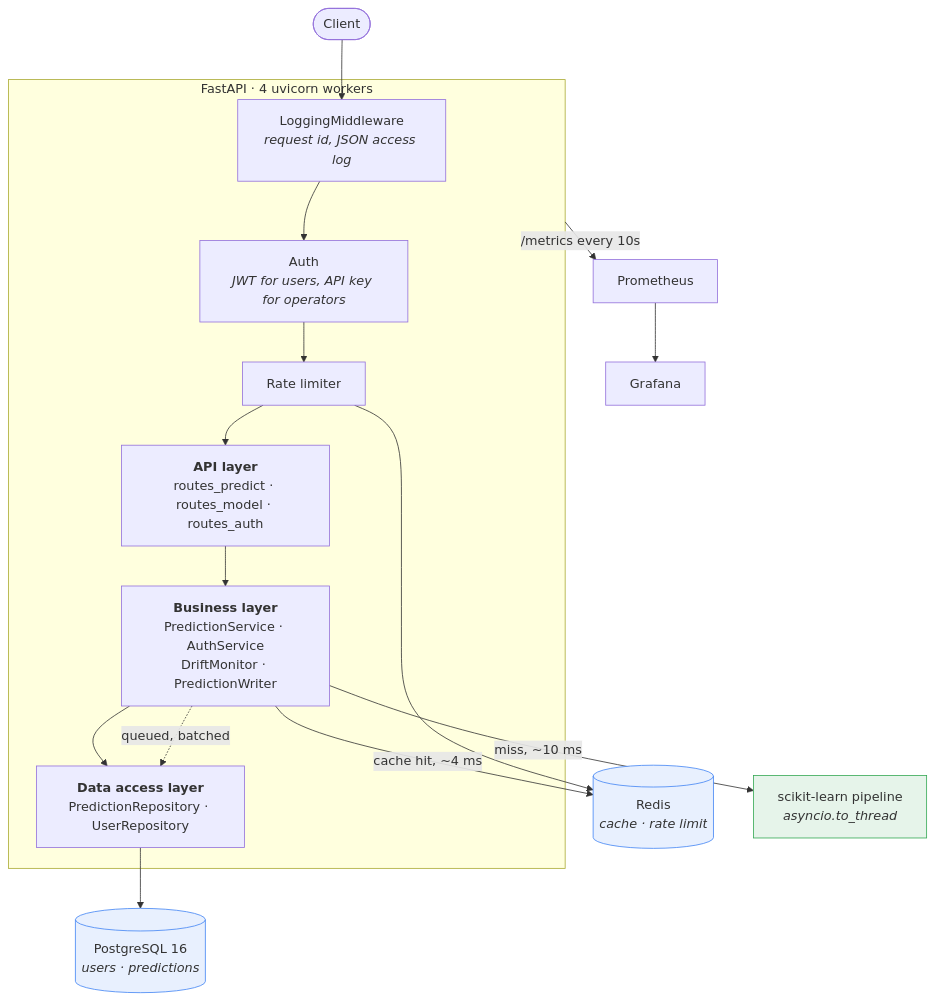
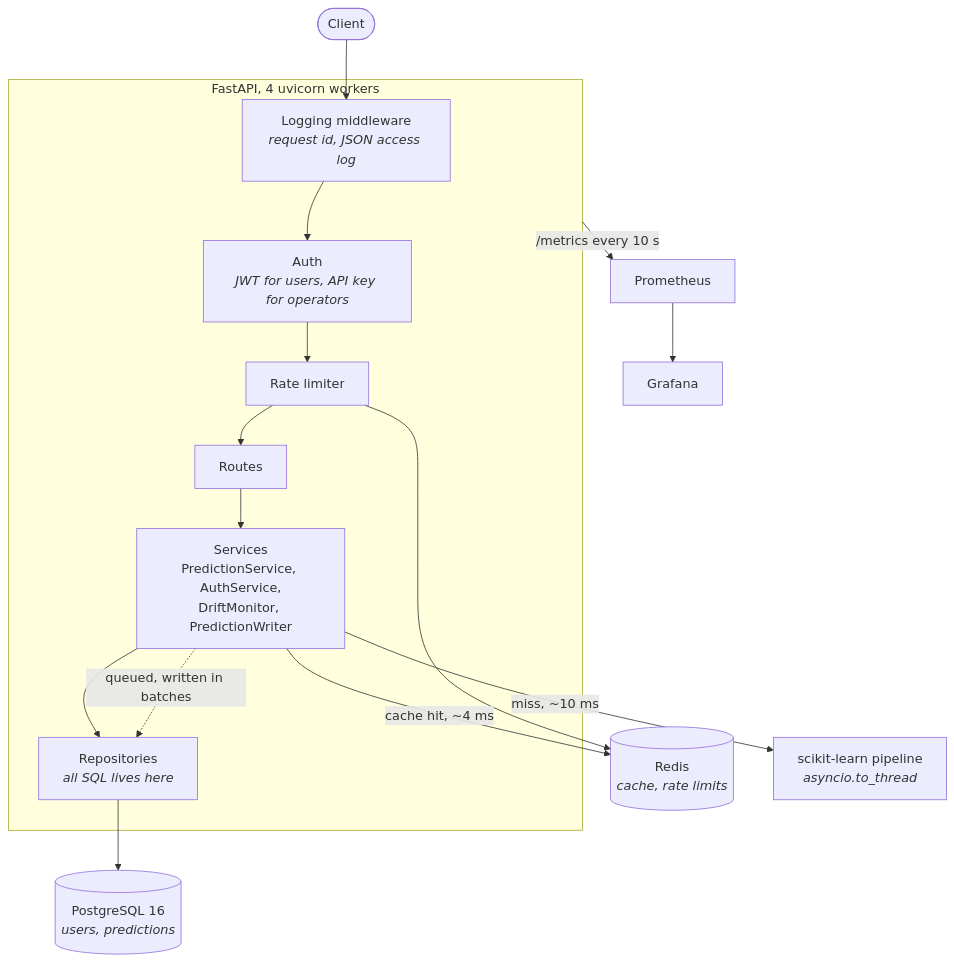
One commit to Add-it-ya/Fast_Api_Project changed the diagram in README.md. Above: the diagram before and after it, drawn with Mermaid. The commit also changed other lines of this file, not shown here.

````diff
--- a/README.md
+++ b/README.md
@@ -23,32 +87,26 @@
 ```mermaid
 flowchart TB
     client([Client])
 
-    subgraph api["FastAPI · 4 uvicorn workers"]
-        mw["LoggingMiddleware<br/><i>request id, JSON access log</i>"]
+    subgraph api["FastAPI, 4 uvicorn workers"]
+        mw["Logging middleware<br/><i>request id, JSON access log</i>"]
         auth["Auth<br/><i>JWT for users, API key for operators</i>"]
         rl["Rate limiter"]
-        routes["<b>API layer</b><br/>routes_predict · routes_model · routes_auth"]
-        services["<b>Business layer</b><br/>PredictionService · AuthService<br/>DriftMonitor · PredictionWriter"]
-        repos["<b>Data access layer</b><br/>PredictionRepository · UserRepository"]
+        routes["Routes"]
+        services["Services<br/>PredictionService, AuthService,<br/>DriftMonitor, PredictionWriter"]
+        repos["Repositories<br/><i>all SQL lives here</i>"]
     end
 
-    redis[("Redis<br/><i>cache · rate limit</i>")]
-    pg[("PostgreSQL 16<br/><i>users · predictions</i>")]
+    redis[("Redis<br/><i>cache, rate limits</i>")]
+    pg[("PostgreSQL 16<br/><i>users, predictions</i>")]
     model["scikit-learn pipeline<br/><i>asyncio.to_thread</i>"]
-    prom["Prometheus"]
-    graf["Grafana"]
+    prom["Prometheus"] --> graf["Grafana"]
 
     client --> mw --> auth --> rl --> routes --> services
     services -->|"cache hit, ~4 ms"| redis
     services -->|"miss, ~10 ms"| model
     services --> repos --> pg
-    services -.->|"queued, batched"| repos
+    services -.->|"queued, written in batches"| repos
     rl --> redis
-    api -->|"/metrics every 10s"| prom --> graf
-
-    classDef store fill:#e8f0fe,stroke:#4285f4
-    classDef ml fill:#e6f4ea,stroke:#34a853
-    class redis,pg store
-    class model ml
+    api -->|"/metrics every 10 s"| prom
 ```
````
